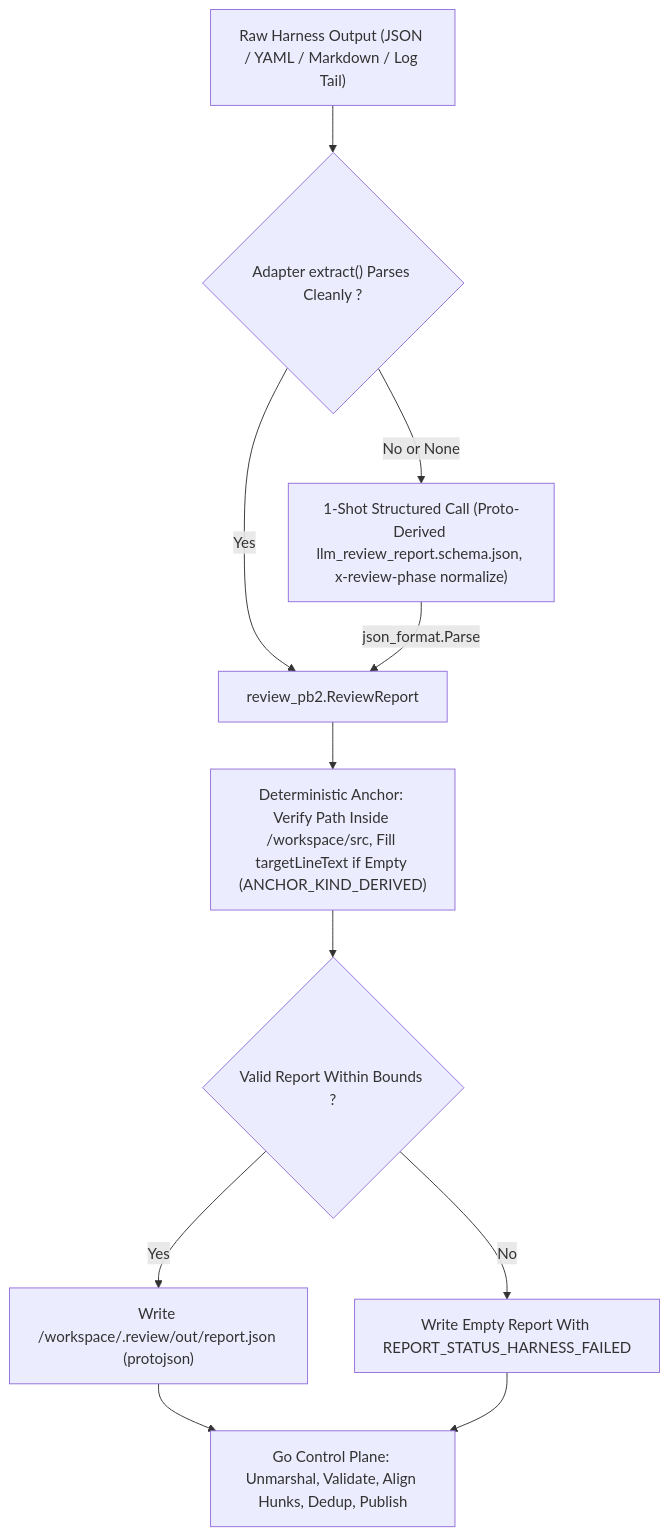
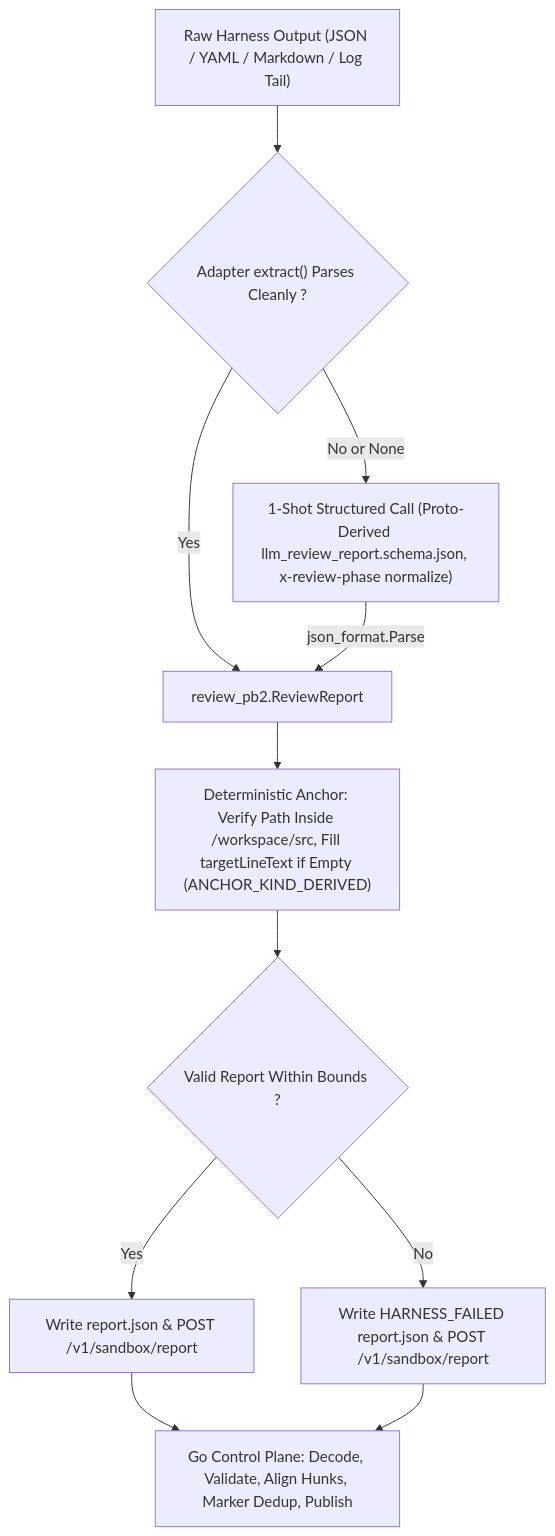
One commit to zetxqx/review-agent-infra changed the third of 4 diagrams in docs/design/hld.md. Above: the diagram before and after it, drawn with Mermaid. The commit also changed other lines of this file and 79 other files, not shown here.

Commit message:
Consolidate review-agent-infra into three stateless artifacts with embedded sandbox proxy, single-container pods, and PR marker deduplication.

````diff
--- a/docs/design/hld.md
+++ b/docs/design/hld.md
@@ -217,13 +184,13 @@
 ```mermaid
 flowchart TD
     Raw["Raw Harness Output (JSON / YAML / Markdown / Log Tail)"] --> Extract{"Adapter extract() Parses Cleanly ?"}
     Extract -->|"Yes"| Cand["review_pb2.ReviewReport"]
     Extract -->|"No or None"| OneShot["1-Shot Structured Call (Proto-Derived llm_review_report.schema.json, x-review-phase normalize)"]
     OneShot -->|"json_format.Parse"| Cand
     Cand --> Anchor["Deterministic Anchor: Verify Path Inside /workspace/src, Fill targetLineText if Empty (ANCHOR_KIND_DERIVED)"]
     Anchor --> Valid{"Valid Report Within Bounds ?"}
-    Valid -->|"Yes"| Write["Write /workspace/.review/out/report.json (protojson)"]
-    Valid -->|"No"| Fail["Write Empty Report With REPORT_STATUS_HARNESS_FAILED"]
-    Write --> GoCP["Go Control Plane: Unmarshal, Validate, Align Hunks, Dedup, Publish"]
+    Valid -->|"Yes"| Write["Write report.json & POST /v1/sandbox/report"]
+    Valid -->|"No"| Fail["Write HARNESS_FAILED report.json & POST /v1/sandbox/report"]
+    Write --> GoCP["Go Control Plane: Decode, Validate, Align Hunks, Marker Dedup, Publish"]
     Fail --> GoCP
 ```
````
